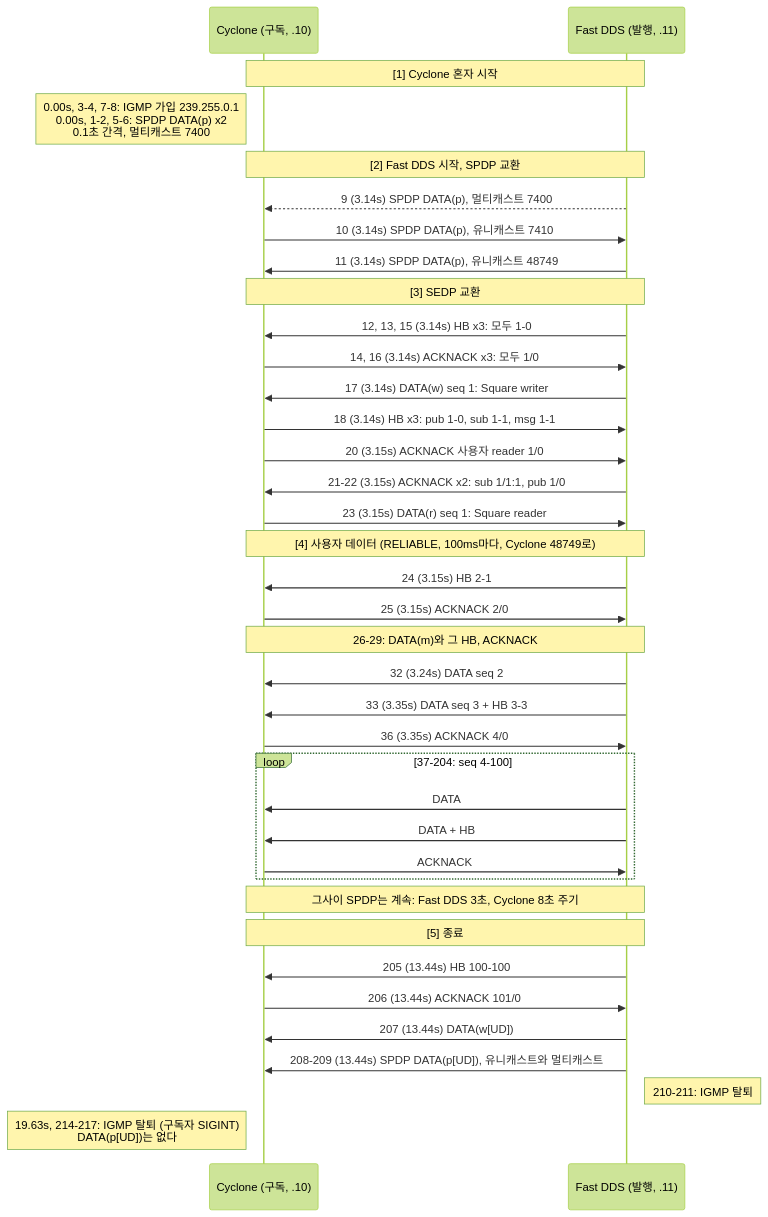
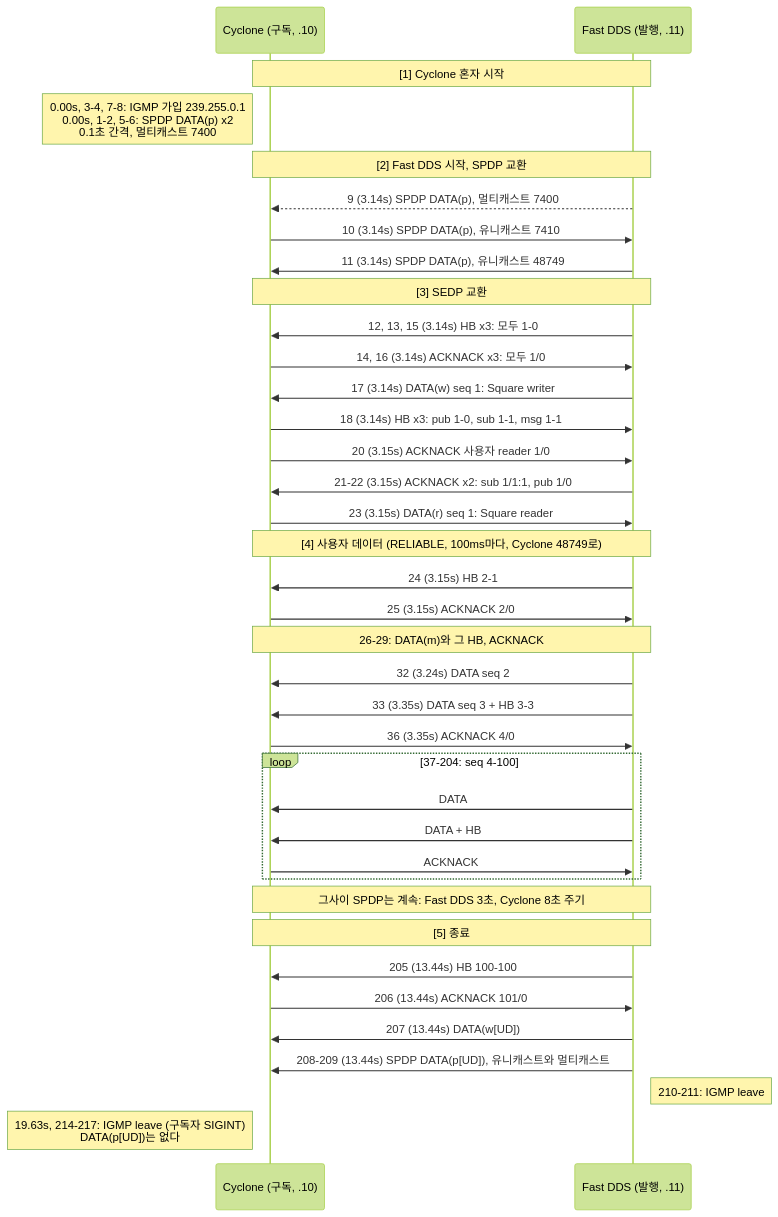
The second of 7 diagrams in captures/cyclone-fastdds/README.md (danielhongwoo/mdds), drawn with Mermaid (forest theme) before and after one commit. The commit also changed other lines of this file and 8 other files, not shown here.

````diff
--- a/captures/cyclone-fastdds/README.md
+++ b/captures/cyclone-fastdds/README.md
@@ -115,44 +115,44 @@
 ```mermaid
 sequenceDiagram
     participant C as Cyclone (구독, .10)
     participant F as Fast DDS (발행, .11)
 
     Note over C,F: [1] Cyclone 혼자 시작
     Note left of C: 0.00s, 3-4, 7-8: IGMP 가입 239.255.0.1<br/>0.00s, 1-2, 5-6: SPDP DATA(p) x2<br/>0.1초 간격, 멀티캐스트 7400
 
     Note over C,F: [2] Fast DDS 시작, SPDP 교환
     F-->>C: 9 (3.14s) SPDP DATA(p), 멀티캐스트 7400
     C->>F: 10 (3.14s) SPDP DATA(p), 유니캐스트 7410
     F->>C: 11 (3.14s) SPDP DATA(p), 유니캐스트 48749
 
     Note over C,F: [3] SEDP 교환
     F->>C: 12, 13, 15 (3.14s) HB x3: 모두 1-0
     C->>F: 14, 16 (3.14s) ACKNACK x3: 모두 1/0
     F->>C: 17 (3.14s) DATA(w) seq 1: Square writer
     C->>F: 18 (3.14s) HB x3: pub 1-0, sub 1-1, msg 1-1
     C->>F: 20 (3.15s) ACKNACK 사용자 reader 1/0
     F->>C: 21-22 (3.15s) ACKNACK x2: sub 1/1:1, pub 1/0
     C->>F: 23 (3.15s) DATA(r) seq 1: Square reader
 
     Note over C,F: [4] 사용자 데이터 (RELIABLE, 100ms마다, Cyclone 48749로)
     F->>C: 24 (3.15s) HB 2-1
     C->>F: 25 (3.15s) ACKNACK 2/0
     Note over C,F: 26-29: DATA(m)와 그 HB, ACKNACK
     F->>C: 32 (3.24s) DATA seq 2
     F->>C: 33 (3.35s) DATA seq 3 + HB 3-3
     C->>F: 36 (3.35s) ACKNACK 4/0
     loop 37-204: seq 4-100
         F->>C: DATA
         F->>C: DATA + HB
         C->>F: ACKNACK
     end
     Note over C,F: 그사이 SPDP는 계속: Fast DDS 3초, Cyclone 8초 주기
 
     Note over C,F: [5] 종료
     F->>C: 205 (13.44s) HB 100-100
     C->>F: 206 (13.44s) ACKNACK 101/0
     F->>C: 207 (13.44s) DATA(w[UD])
     F->>C: 208-209 (13.44s) SPDP DATA(p[UD]), 유니캐스트와 멀티캐스트
-    Note right of F: 210-211: IGMP 탈퇴
-    Note left of C: 19.63s, 214-217: IGMP 탈퇴 (구독자 SIGINT)<br/>DATA(p[UD])는 없다
+    Note right of F: 210-211: IGMP leave
+    Note left of C: 19.63s, 214-217: IGMP leave (구독자 SIGINT)<br/>DATA(p[UD])는 없다
 ```
````
